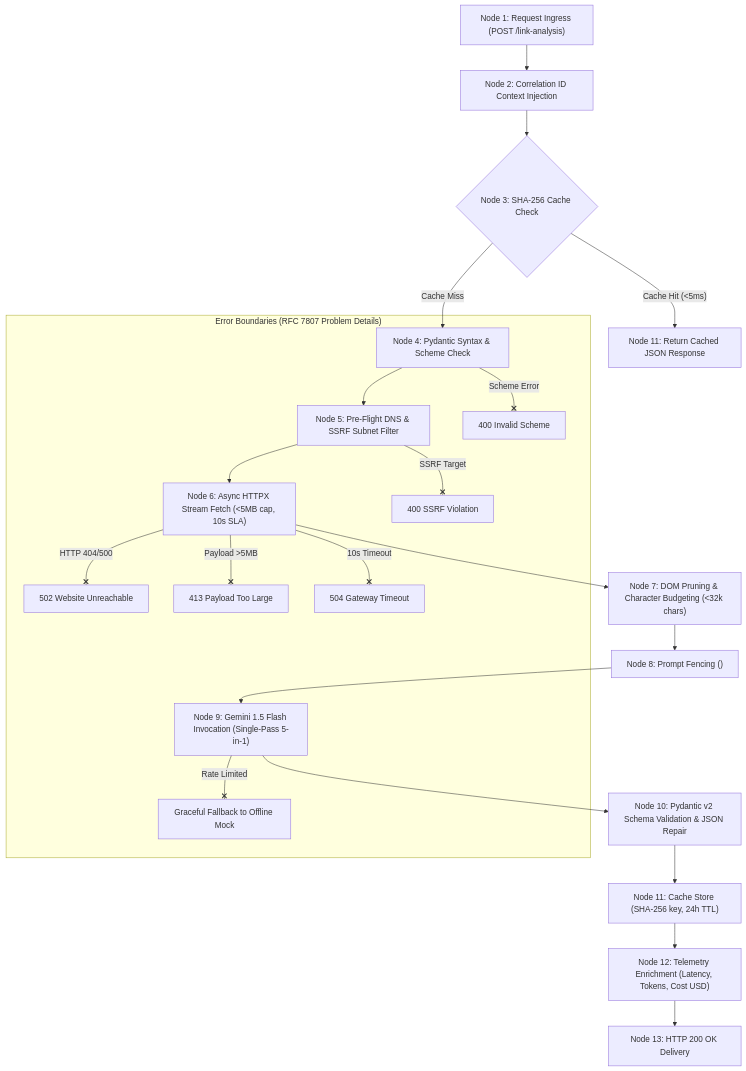
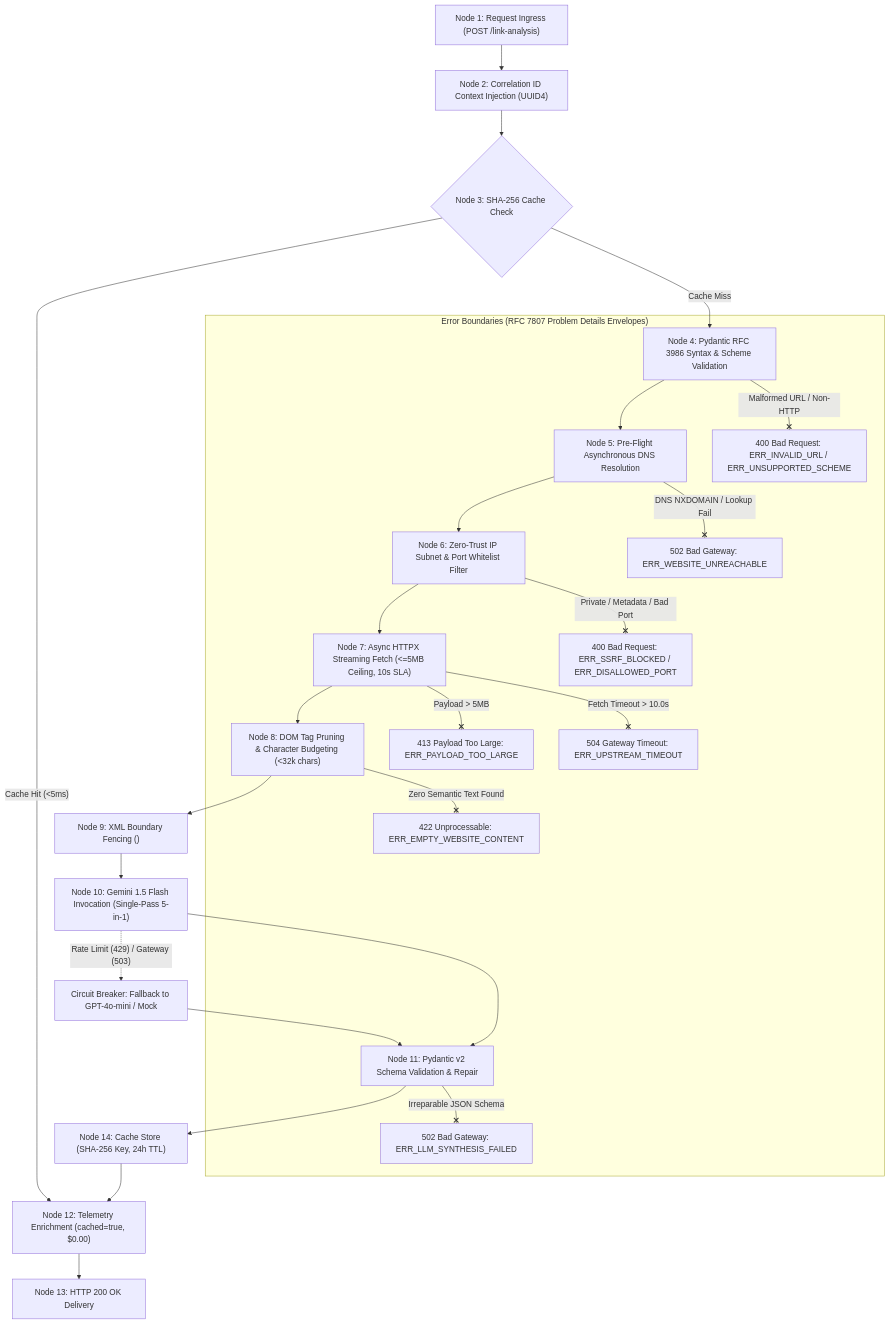
Before and after one commit to piyushmakhija28/ai-link-analysis: the diagram in docs/management/02-service-dag.md, drawn with Mermaid. The commit also changed other lines of this file and 4 other files, not shown here.

````diff
--- a/docs/management/02-service-dag.md
+++ b/docs/management/02-service-dag.md
@@ -14,25 +22,33 @@
 ```mermaid
 graph TD
-    A["Node 1: Request Ingress (POST /link-analysis)"] --> B["Node 2: Correlation ID Context Injection"]
-    B --> C{"Node 3: SHA-256 Cache Check"}
-    C -->|"Cache Hit (<5ms)"| R["Node 11: Return Cached JSON Response"]
-    C -->|"Cache Miss"| D["Node 4: Pydantic Syntax & Scheme Check"]
-    D --> E["Node 5: Pre-Flight DNS & SSRF Subnet Filter"]
-    E --> F["Node 6: Async HTTPX Stream Fetch (<5MB cap, 10s SLA)"]
-    F --> G["Node 7: DOM Pruning & Character Budgeting (<32k chars)"]
-    G --> H["Node 8: Prompt Fencing (<untrusted_scraped_website_content>)"]
-    H --> I["Node 9: Gemini 1.5 Flash Invocation (Single-Pass 5-in-1)"]
-    I --> J["Node 10: Pydantic v2 Schema Validation & JSON Repair"]
-    J --> K["Node 11: Cache Store (SHA-256 key, 24h TTL)"]
-    K --> L["Node 12: Telemetry Enrichment (Latency, Tokens, Cost USD)"]
-    L --> M["Node 13: HTTP 200 OK Delivery"]
-
-    subgraph ErrorBoundaries["Error Boundaries (RFC 7807 Problem Details)"]
-        D --x|Scheme Error| EB1["400 Invalid Scheme"]
-        E --x|SSRF Target| EB2["400 SSRF Violation"]
-        F --x|HTTP 404/500| EB3["502 Website Unreachable"]
-        F --x|Payload >5MB| EB4["413 Payload Too Large"]
-        F --x|10s Timeout| EB5["504 Gateway Timeout"]
-        I --x|Rate Limited| EB6["Graceful Fallback to Offline Mock"]
+    N1["Node 1: Request Ingress (POST /link-analysis)"] --> N2["Node 2: Correlation ID Context Injection (UUID4)"]
+    N2 --> N3{"Node 3: SHA-256 Cache Check"}
+    
+    N3 -->|"Cache Hit (<5ms)"| N12["Node 12: Telemetry Enrichment (cached=true, $0.00)"]
+    N12 --> N13["Node 13: HTTP 200 OK Delivery"]
+    
+    N3 -->|"Cache Miss"| N4["Node 4: Pydantic RFC 3986 Syntax & Scheme Validation"]
+    N4 --> N5["Node 5: Pre-Flight Asynchronous DNS Resolution"]
+    N5 --> N6["Node 6: Zero-Trust IP Subnet & Port Whitelist Filter"]
+    N6 --> N7["Node 7: Async HTTPX Streaming Fetch (<=5MB Ceiling, 10s SLA)"]
+    N7 --> N8["Node 8: DOM Tag Pruning & Character Budgeting (<32k chars)"]
+    N8 --> N9["Node 9: XML Boundary Fencing (<untrusted_scraped_website_content>)"]
+    N9 --> N10["Node 10: Gemini 1.5 Flash Invocation (Single-Pass 5-in-1)"]
+    
+    N10 -.->|"Rate Limit (429) / Gateway (503)"| CB["Circuit Breaker: Fallback to GPT-4o-mini / Mock"]
+    CB --> N11["Node 11: Pydantic v2 Schema Validation & Repair"]
+    N10 --> N11
+    
+    N11 --> N14["Node 14: Cache Store (SHA-256 Key, 24h TTL)"]
+    N14 --> N12
+    
+    subgraph ErrorBoundaries["Error Boundaries (RFC 7807 Problem Details Envelopes)"]
+        N4 --x|Malformed URL / Non-HTTP| EB1["400 Bad Request: ERR_INVALID_URL / ERR_UNSUPPORTED_SCHEME"]
+        N5 --x|DNS NXDOMAIN / Lookup Fail| EB2["502 Bad Gateway: ERR_WEBSITE_UNREACHABLE"]
+        N6 --x|Private / Metadata / Bad Port| EB3["400 Bad Request: ERR_SSRF_BLOCKED / ERR_DISALLOWED_PORT"]
+        N7 --x|Payload > 5MB| EB4["413 Payload Too Large: ERR_PAYLOAD_TOO_LARGE"]
+        N7 --x|Fetch Timeout > 10.0s| EB5["504 Gateway Timeout: ERR_UPSTREAM_TIMEOUT"]
+        N8 --x|Zero Semantic Text Found| EB6["422 Unprocessable: ERR_EMPTY_WEBSITE_CONTENT"]
+        N11 --x|Irreparable JSON Schema| EB7["502 Bad Gateway: ERR_LLM_SYNTHESIS_FAILED"]
     end
 ```
````
